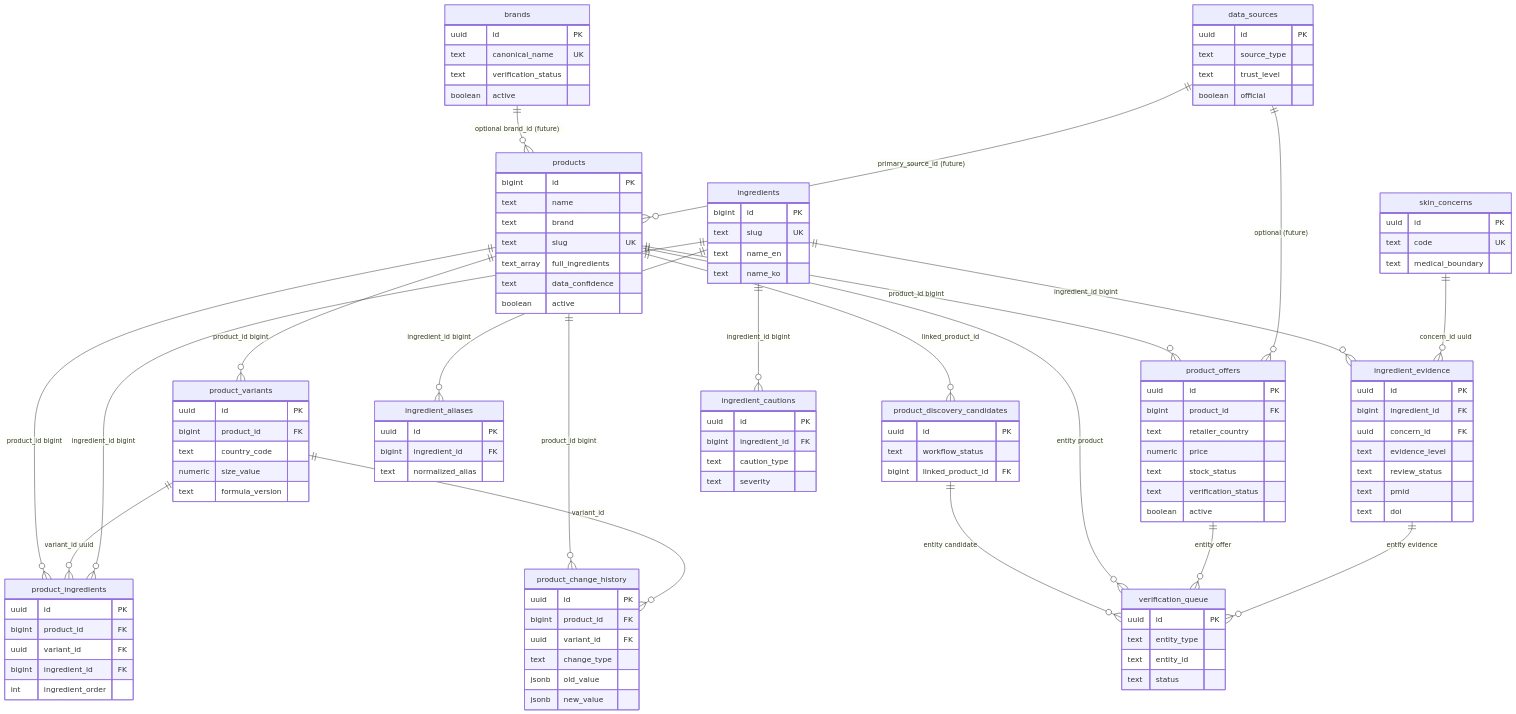
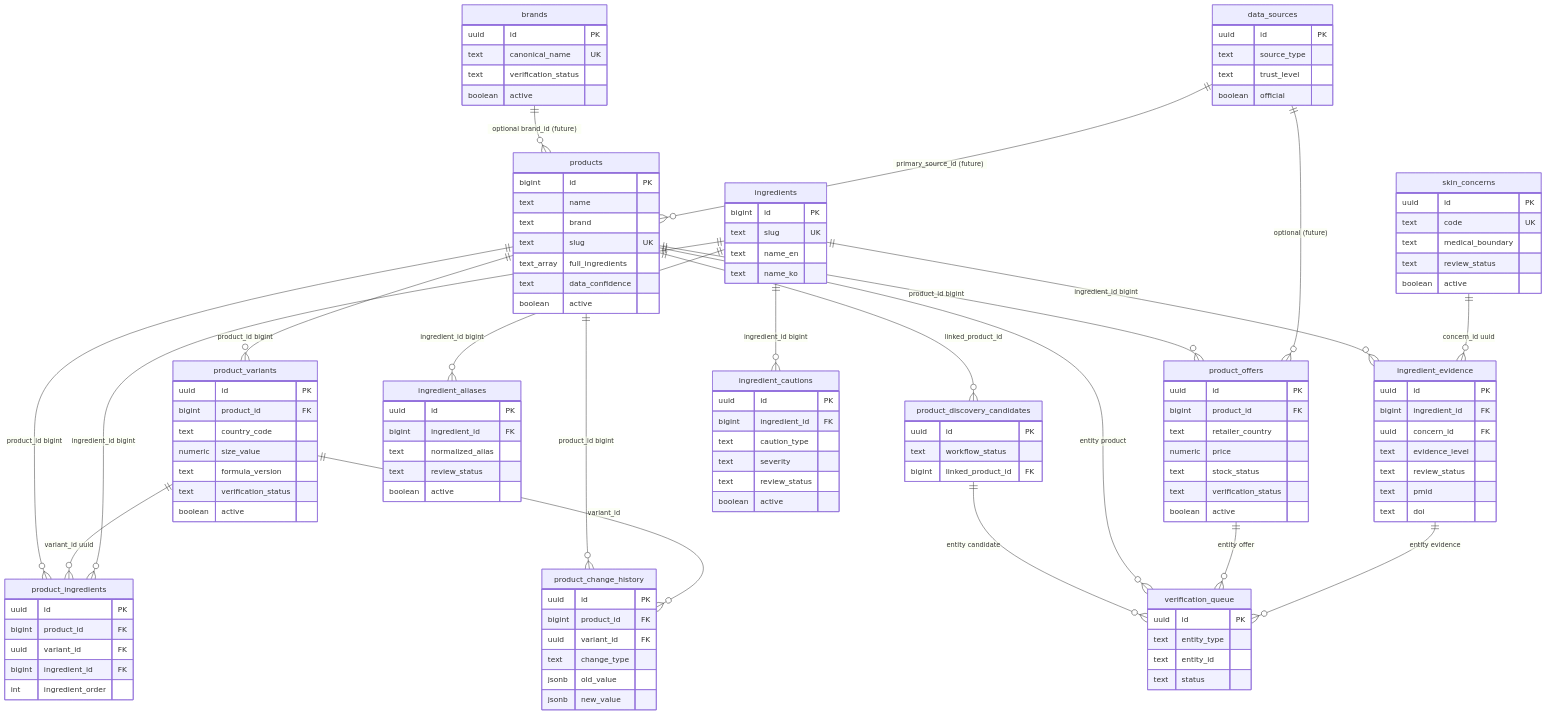
One commit to akscnl6521/kbeauty-platform changed the first of 2 diagrams in docs/32-search-to-verified-erd.md. Above: the diagram before and after it, drawn with Mermaid. The commit also changed other lines of this file and 5 other files, not shown here.

```diff
--- a/docs/32-search-to-verified-erd.md
+++ b/docs/32-search-to-verified-erd.md
@@ -58,6 +58,8 @@
     text country_code
     numeric size_value
     text formula_version
+    text verification_status
+    boolean active
   }
 
   product_offers {
@@ -89,12 +91,16 @@
     uuid id PK
     bigint ingredient_id FK
     text normalized_alias
+    text review_status
+    boolean active
   }
 
   skin_concerns {
     uuid id PK
     text code UK
     text medical_boundary
+    text review_status
+    boolean active
   }
 
   ingredient_evidence {
@@ -112,6 +118,8 @@
     bigint ingredient_id FK
     text caution_type
     text severity
+    text review_status
+    boolean active
   }
 
   product_discovery_candidates {
```
